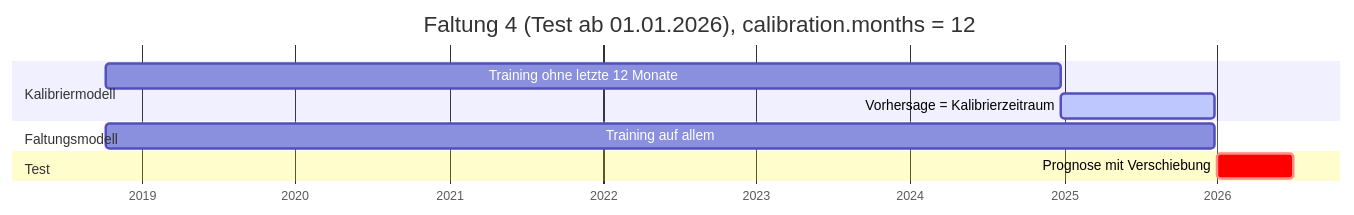
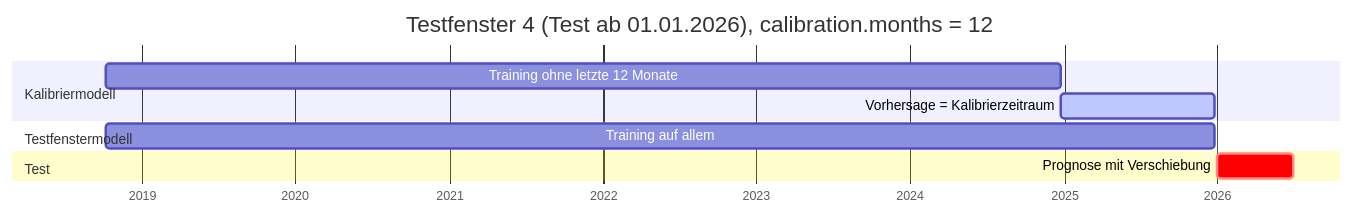
The fourth of 7 diagrams in docs/BACKTEST.md (the78mole/PredictionDB), drawn with Mermaid before and after one commit. The commit also changed other lines of this file and 23 other files, not shown here.

First line of the commit message:
docs: „Faltung“ durch „Testfenster“ ersetzen (#309)

````diff
--- a/docs/BACKTEST.md
+++ b/docs/BACKTEST.md
@@ -231,14 +231,14 @@
 ```mermaid
 gantt
     dateFormat YYYY-MM-DD
     todayMarker off
     axisFormat %Y
-    title Faltung 4 (Test ab 01.01.2026), calibration.months = 12
+    title Testfenster 4 (Test ab 01.01.2026), calibration.months = 12
     section Kalibriermodell
     Training ohne letzte 12 Monate     :2018-10-08, 2024-12-24
     Vorhersage = Kalibrierzeitraum     :active, 2024-12-25, 2025-12-24
-    section Faltungsmodell
+    section Testfenstermodell
     Training auf allem                 :2018-10-08, 2025-12-24
     section Test
     Prognose mit Verschiebung          :crit, 2026-01-01, 2026-06-30
 ```
````
